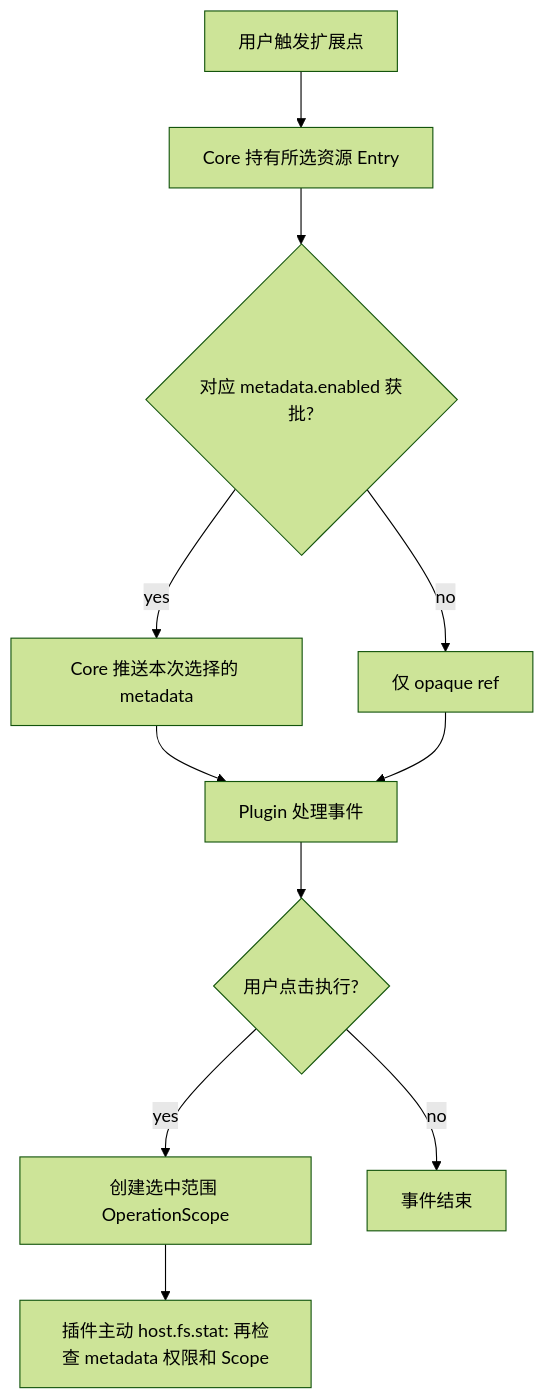
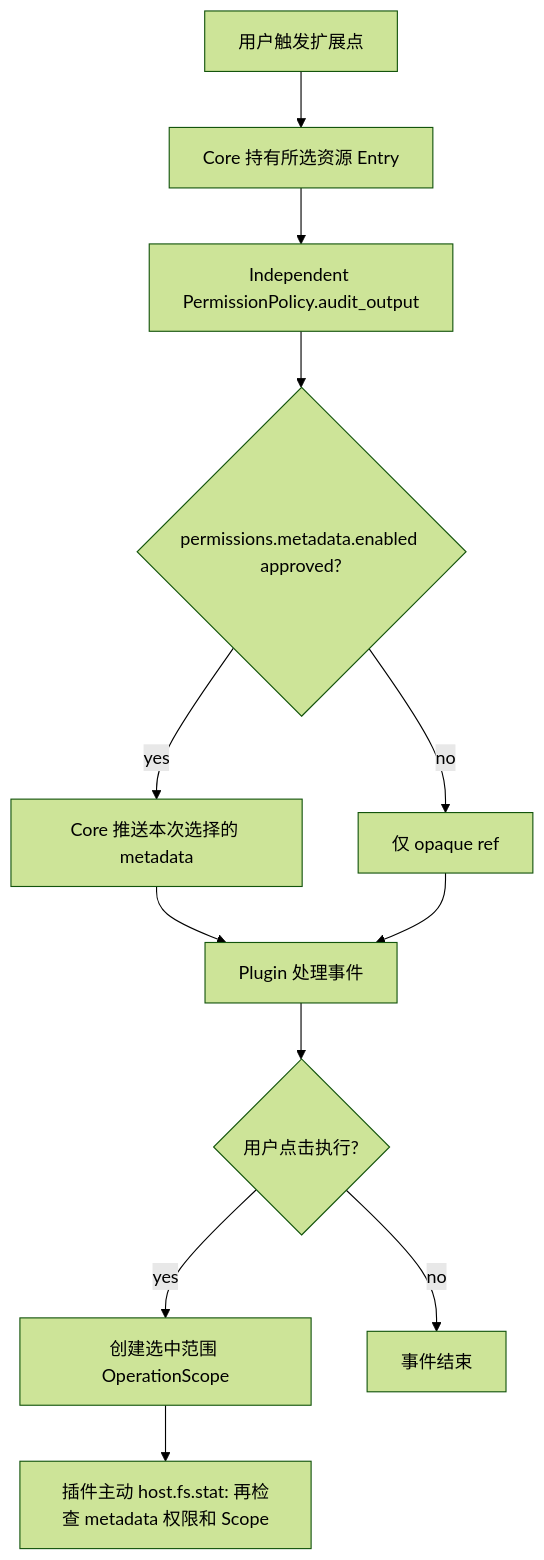
The fourth of 9 diagrams in docs/plugins/01-ARCHITECTURE.md (kevinhuang001/fiex), drawn with Mermaid (forest theme) before and after one commit. The commit also changed other lines of this file and 10 other files, not shown here.

Commit message:
docs: decouple permission policy, decoration event subscription, and connection VFS

````diff
--- a/docs/plugins/01-ARCHITECTURE.md
+++ b/docs/plugins/01-ARCHITECTURE.md
@@ -97,13 +97,14 @@
 ```mermaid
 flowchart TD
   Explorer["用户触发扩展点"] --> Core["Core 持有所选资源 Entry"]
-  Core --> Check{"对应 metadata.enabled 获批?"}
+  Core --> Audit["Independent PermissionPolicy.audit_output"]
+  Audit --> Check{"permissions.metadata.enabled approved?"}
   Check -->|yes| Push["Core 推送本次选择的 metadata"]
   Check -->|no| Minimal["仅 opaque ref"]
   Push --> Plugin["Plugin 处理事件"]
   Minimal --> Plugin
   Plugin --> Click{"用户点击执行?"}
   Click -->|yes| Grant["创建选中范围 OperationScope"]
   Grant --> Stat["插件主动 host.fs.stat: 再检查 metadata 权限和 Scope"]
   Click -->|no| End["事件结束"]
 ```
````
